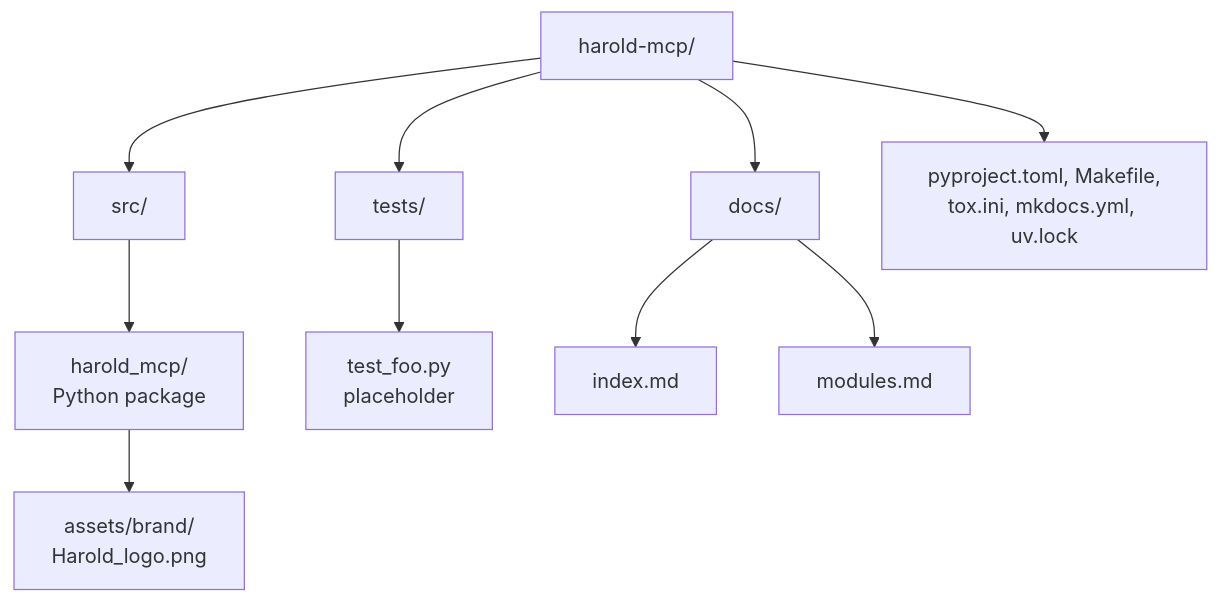
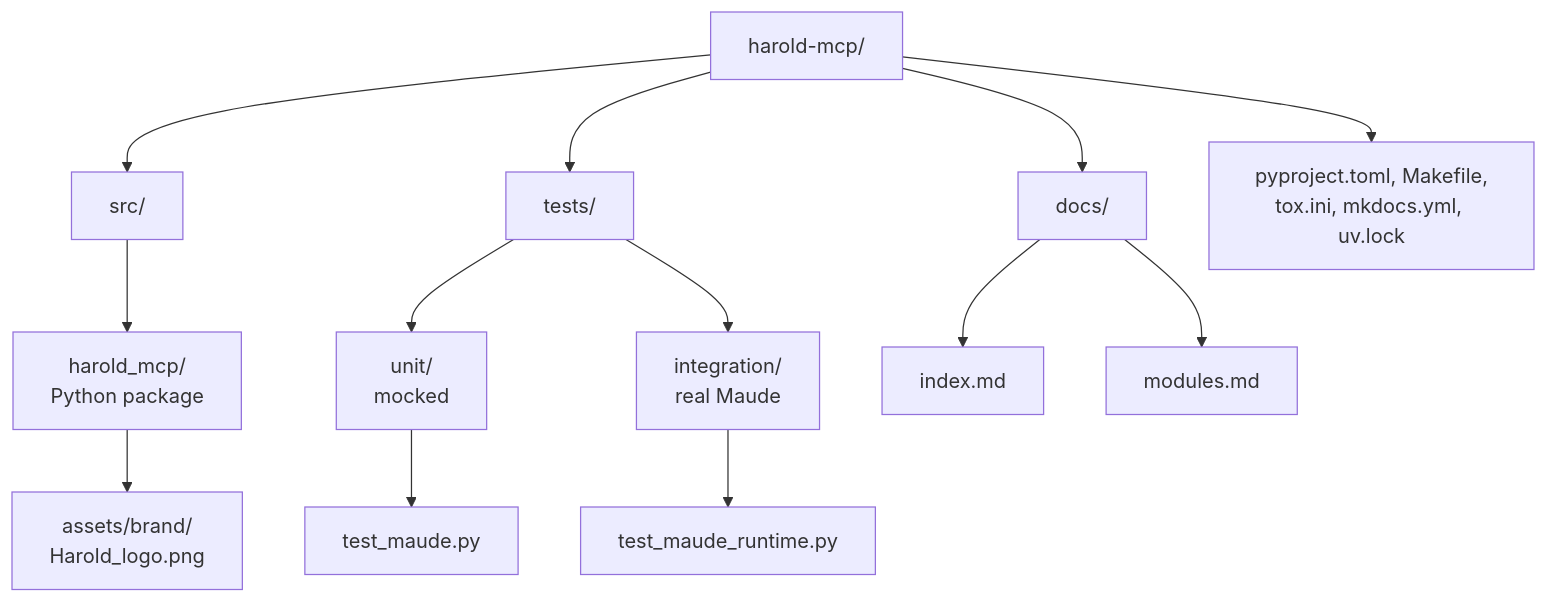
One commit to demiourgoi/Harold changed the second of 2 diagrams in harold-mcp/.agents/summary/architecture.md. Above: the diagram before and after it, drawn with Mermaid. The commit also changed 3 other files, not shown here.

````diff
--- a/harold-mcp/.agents/summary/architecture.md
+++ b/harold-mcp/.agents/summary/architecture.md
@@ -34,12 +34,13 @@
 ```mermaid
 graph TB
     root[harold-mcp/] --> src
     root --> tests
     root --> docs
     src[src/] --> pkg[harold_mcp/<br>Python package]
     pkg --> assets[assets/brand/<br>Harold_logo.png]
-    tests[tests/] --> test[test_foo.py<br>placeholder]
+    tests[tests/] --> unit[unit/<br>mocked] --> test_maude[test_maude.py]
+    tests[tests/] --> integration[integration/<br>real Maude] --> test_runtime[test_maude_runtime.py]
     docs[docs/] --> index[index.md]
     docs --> modules[modules.md]
     root --> cfg[pyproject.toml, Makefile,<br>tox.ini, mkdocs.yml, uv.lock]
 ```
````
